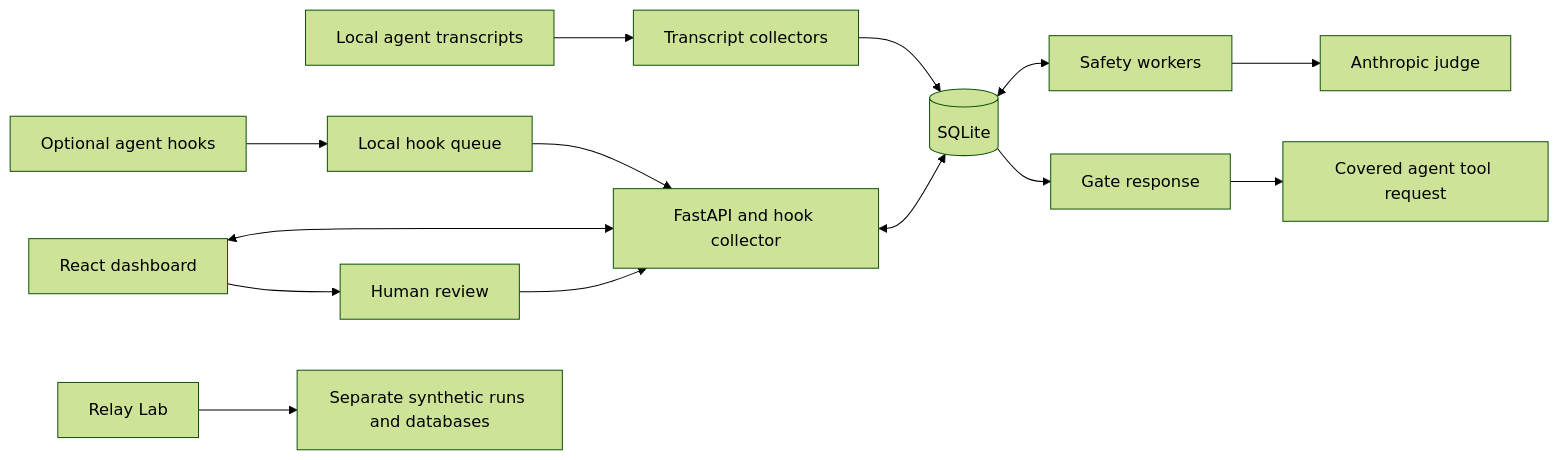
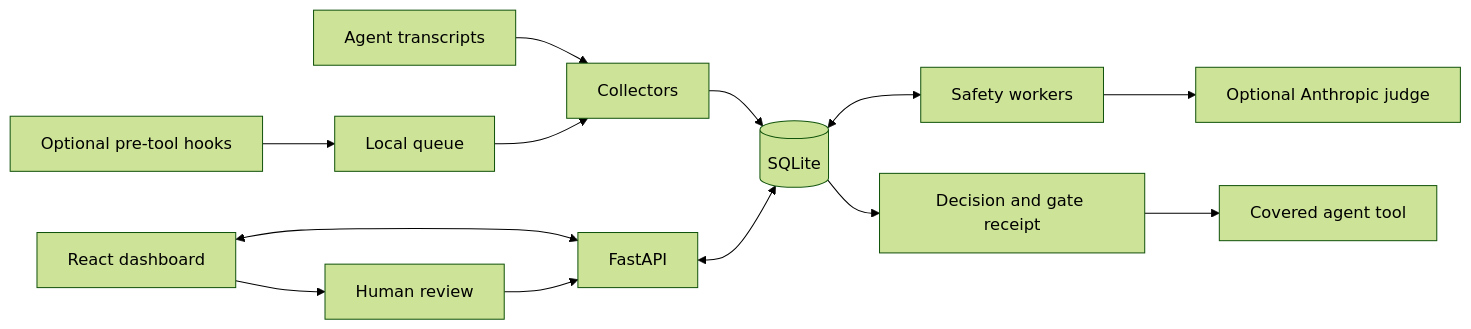
Before and after one commit to magibrush/agent-monitoring: the diagram in docs/architecture.md, drawn with Mermaid (forest theme). The commit also changed other lines of this file and 32 other files, not shown here.

````diff
--- a/docs/architecture.md
+++ b/docs/architecture.md
@@ -7,16 +5,15 @@
 ```mermaid
 flowchart LR
-    Transcripts[Local agent transcripts] --> Collectors[Transcript collectors]
-    Collectors --> DB[(SQLite)]
-    Hooks[Optional agent hooks] --> Queue[Local hook queue]
-    Queue --> API[FastAPI and hook collector]
-    API <--> DB
-    UI[React dashboard] <--> API
-    DB <--> Worker[Safety workers]
-    Worker --> Judge[Anthropic judge]
-    UI --> Review[Human review]
-    Review --> API
-    DB --> Gate[Gate response]
-    Gate --> Agent[Covered agent tool request]
-    Lab[Relay Lab] --> Isolated[Separate synthetic runs and databases]
+    T[Agent transcripts] --> C[Collectors]
+    H[Optional pre-tool hooks] --> Q[Local queue]
+    Q --> C
+    C --> D[(SQLite)]
+    U[React dashboard] <--> A[FastAPI]
+    A <--> D
+    D <--> W[Safety workers]
+    W --> J[Optional Anthropic judge]
+    U --> R[Human review]
+    R --> A
+    D --> G[Decision and gate receipt]
+    G --> Agent[Covered agent tool]
 ```
````
